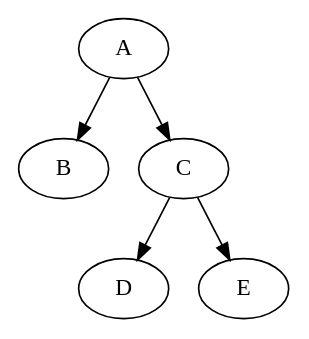
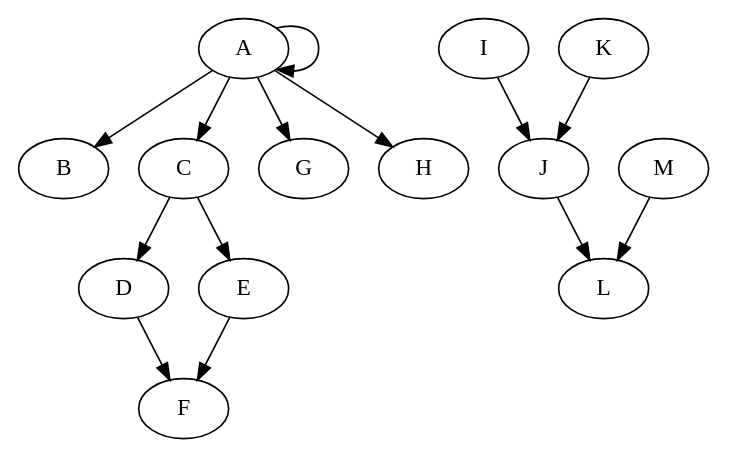
Before and after one commit to caio-rondow/mstage: the diagram in misc/graph/debug.dot, drawn with Graphviz. The commit also changed 38 other files, not shown here.

```diff
--- a/misc/graph/debug.dot
+++ b/misc/graph/debug.dot
@@ -1,6 +1,15 @@
 digraph Debug{
     A -> B;
     A -> C;
     C -> D;
     C -> E;
+    D -> F;
+    E -> F;
+    A -> A;
+    A -> G;
+    A -> H;
+    I -> J
+    K -> J
+    J -> L
+    M -> L
 }
```
